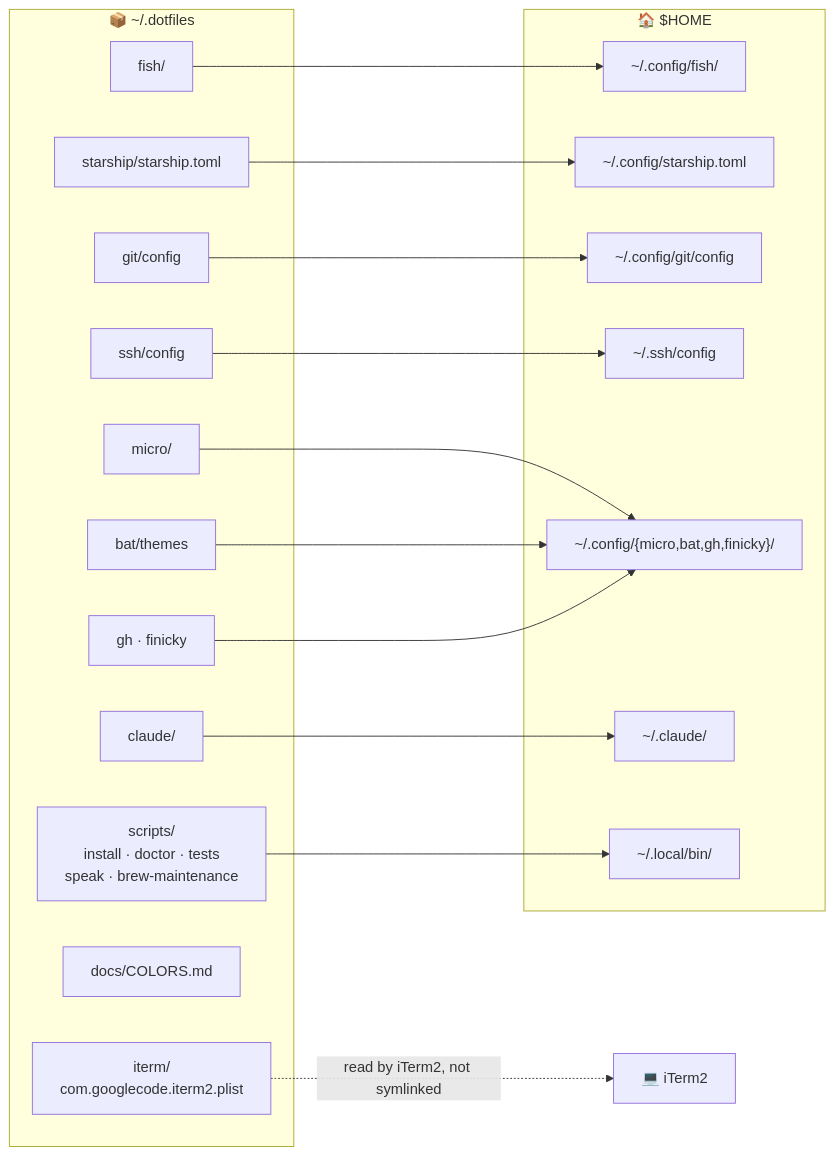
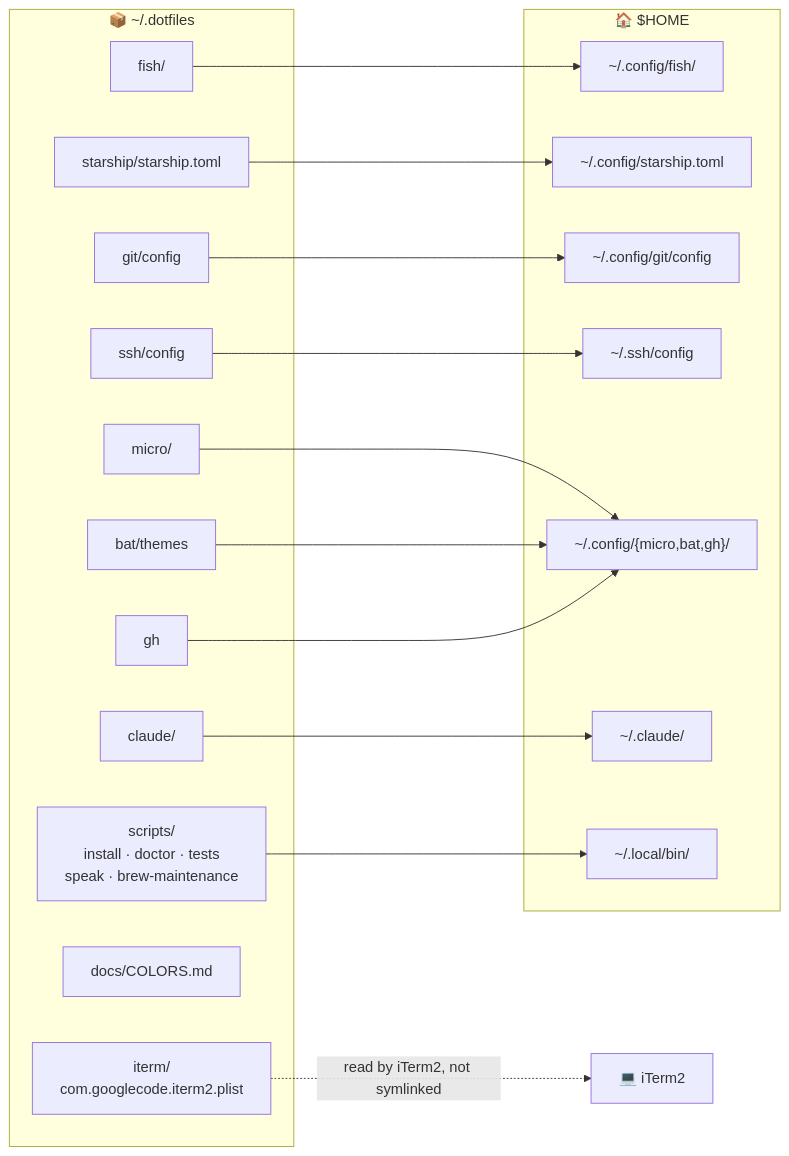
One commit to sergio-santiago/.dotfiles changed the first of 5 diagrams in README.md. Above: the diagram before and after it, drawn with Mermaid. The commit also changed other lines of this file and 8 other files, not shown here.

````diff
--- a/README.md
+++ b/README.md
@@ -115,35 +113,35 @@
 ```mermaid
 flowchart LR
     subgraph repo["📦 ~/.dotfiles"]
         fish["fish/"]
         starship["starship/starship.toml"]
         gitc["git/config"]
         ssh["ssh/config"]
         micro["micro/"]
         bat["bat/themes"]
         claude["claude/"]
-        misc["gh · finicky"]
+        misc["gh"]
         scripts["scripts/<br/>install · doctor · tests<br/>speak · brew-maintenance"]
         docs["docs/COLORS.md"]
         iterm["iterm/<br/>com.googlecode.iterm2.plist"]
     end
     subgraph home["🏠 $HOME"]
         cfgfish["~/.config/fish/"]
         cfgstar["~/.config/starship.toml"]
         cfggit["~/.config/git/config"]
         sshcfg["~/.ssh/config"]
-        cfgmisc["~/.config/{micro,bat,gh,finicky}/"]
+        cfgmisc["~/.config/{micro,bat,gh}/"]
         dotclaude["~/.claude/"]
         localbin["~/.local/bin/"]
     end
     fish --> cfgfish
     starship --> cfgstar
     gitc --> cfggit
     ssh --> sshcfg
     micro --> cfgmisc
     bat --> cfgmisc
     misc --> cfgmisc
     claude --> dotclaude
     scripts --> localbin
     iterm -.->|"read by iTerm2, not symlinked"| app["💻 iTerm2"]
 ```
````
